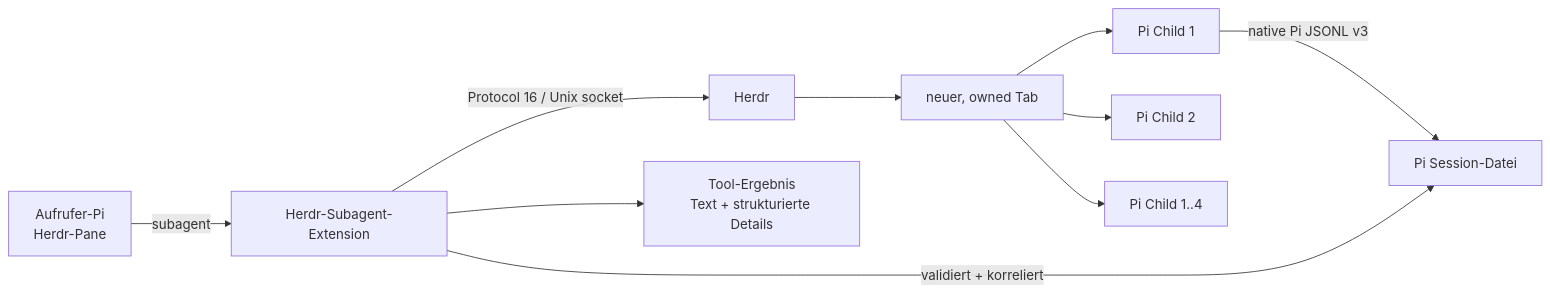
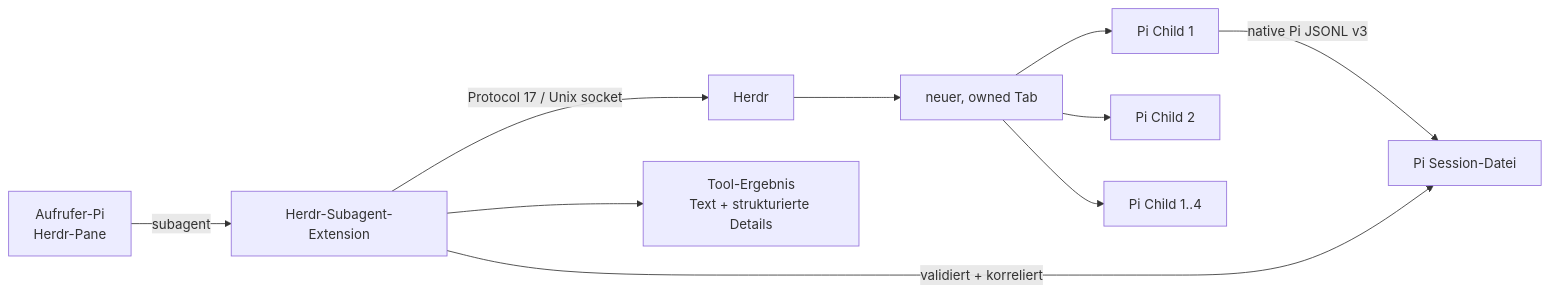
Before and after one commit to Eckii24/dotfiles: the first of 6 diagrams in .pi/agent/extensions/herdr-subagent/README.md, drawn with Mermaid. The commit also changed other lines of this file and 9 other files, not shown here.

Commit message:
fix(pi): update herdr extensions to protocol 17

````diff
--- a/.pi/agent/extensions/herdr-subagent/README.md
+++ b/.pi/agent/extensions/herdr-subagent/README.md
@@ -28,12 +28,12 @@
 ```mermaid
 flowchart LR
   P[Aufrufer-Pi\nHerdr-Pane] -->|subagent| E[Herdr-Subagent-Extension]
-  E -->|Protocol 16 / Unix socket| H[Herdr]
+  E -->|Protocol 17 / Unix socket| H[Herdr]
   H --> T[neuer, owned Tab]
   T --> C1[Pi Child 1]
   T --> C2[Pi Child 2]
   T --> Cn[Pi Child 1..4]
   C1 -->|native Pi JSONL v3| S[Pi Session-Datei]
   E -->|validiert + korreliert| S
   E --> R[Tool-Ergebnis\nText + strukturierte Details]
 ```
````
